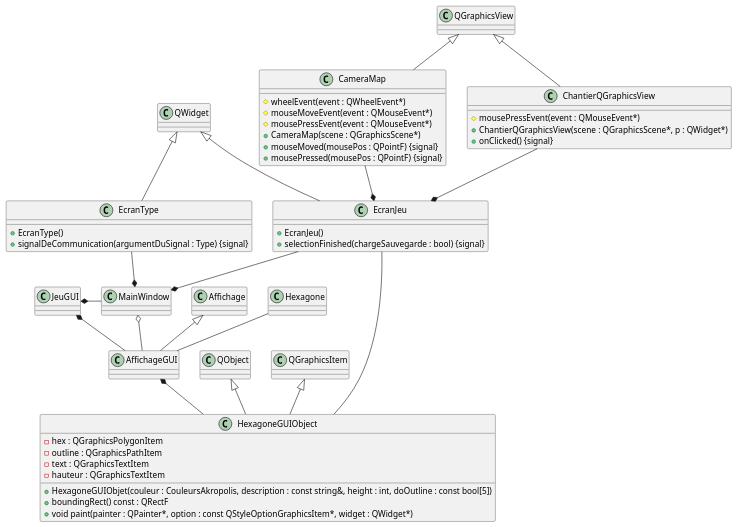
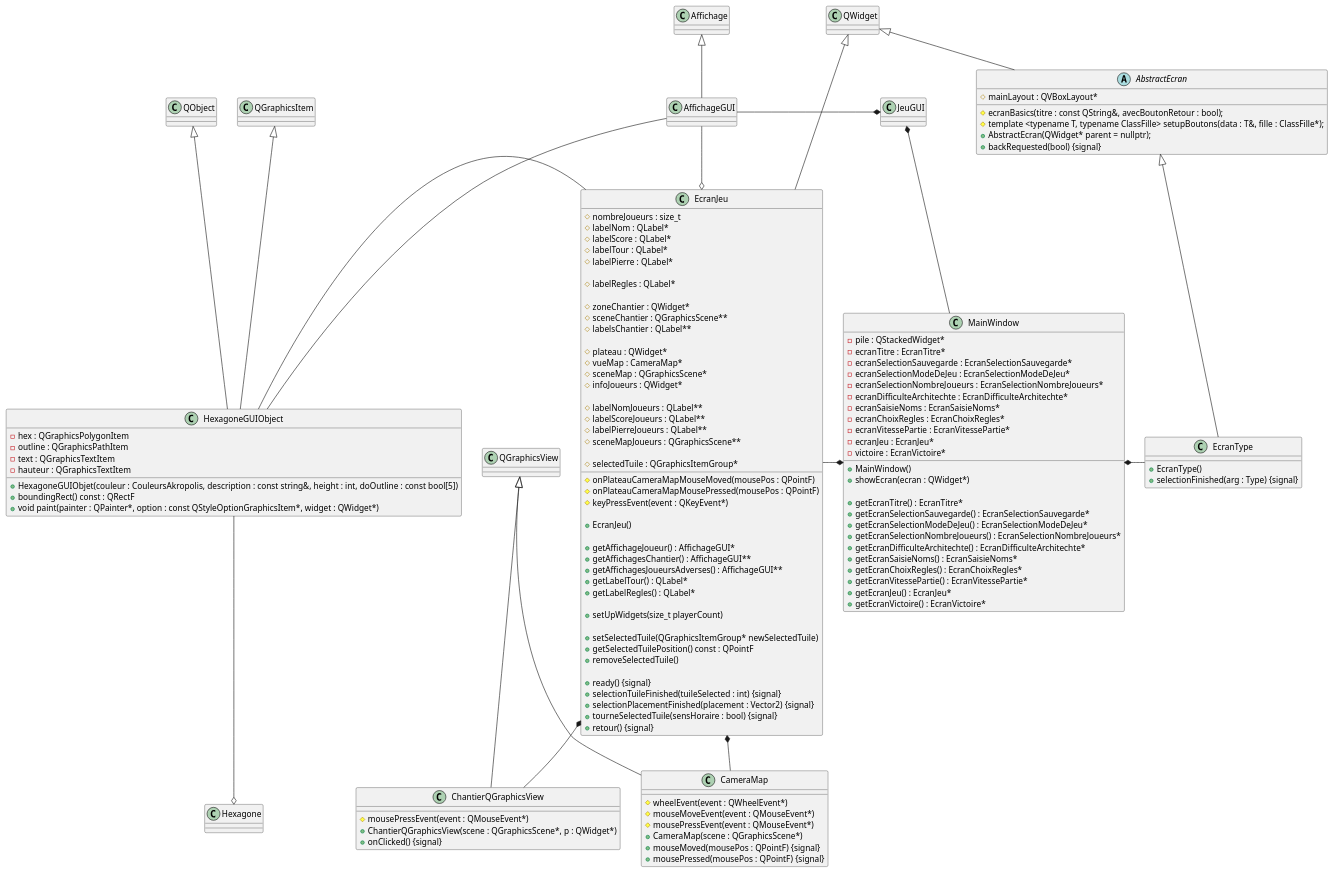
Before and after one commit to iceknith/LO21-Projet: the diagram in Rapports/RapportFinalUMLs/affichageGUISynthétique.wsd, drawn with PlantUML. The commit also changed 32 other files, not shown here.

Commit message:
Minor changes + update Graphiques

```diff
--- a/Rapports/RapportFinalUMLs/affichageGUISynthétique.wsd
+++ b/Rapports/RapportFinalUMLs/affichageGUISynthétique.wsd
@@ -1,54 +1,153 @@
 @startuml affichageGUISynthetique
+
+class MainWindow {
+    - pile : QStackedWidget*
+    - ecranTitre : EcranTitre*
+    - ecranSelectionSauvegarde : EcranSelectionSauvegarde*
+    - ecranSelectionModeDeJeu : EcranSelectionModeDeJeu*
+    - ecranSelectionNombreJoueurs : EcranSelectionNombreJoueurs*
+    - ecranDifficulteArchitechte : EcranDifficulteArchitechte*
+    - ecranSaisieNoms : EcranSaisieNoms*
+    - ecranChoixRegles : EcranChoixRegles*
+    - ecranVitessePartie : EcranVitessePartie*
+    - ecranJeu : EcranJeu*
+    - victoire : EcranVictoire*
+
+    + MainWindow()
+    + showEcran(ecran : QWidget*)
+
+    + getEcranTitre() : EcranTitre*
+    + getEcranSelectionSauvegarde() : EcranSelectionSauvegarde*
+    + getEcranSelectionModeDeJeu() : EcranSelectionModeDeJeu*
+    + getEcranSelectionNombreJoueurs() : EcranSelectionNombreJoueurs*
+    + getEcranDifficulteArchitechte() : EcranDifficulteArchitechte*
+    + getEcranSaisieNoms() : EcranSaisieNoms*
+    + getEcranChoixRegles() : EcranChoixRegles*
+    + getEcranVitessePartie() : EcranVitessePartie*
+    + getEcranJeu() : EcranJeu*
+    + getEcranVictoire() : EcranVictoire*
+}
 
 class HexagoneGUIObject extends QObject, QGraphicsItem {
     - hex : QGraphicsPolygonItem
     - outline : QGraphicsPathItem
     - text : QGraphicsTextItem
     - hauteur : QGraphicsTextItem
 
     + HexagoneGUIObjet(couleur : CouleursAkropolis, description : const string&, height : int, doOutline : const bool[5])
     + boundingRect() const : QRectF
     + void paint(painter : QPainter*, option : const QStyleOptionGraphicsItem*, widget : QWidget*)
 }
 
 class CameraMap extends QGraphicsView {
     # wheelEvent(event : QWheelEvent*)
     # mouseMoveEvent(event : QMouseEvent*)
     # mousePressEvent(event : QMouseEvent*)
     + CameraMap(scene : QGraphicsScene*)
     + mouseMoved(mousePos : QPointF) {signal}
     + mousePressed(mousePos : QPointF) {signal}
 }
 
 class ChantierQGraphicsView extends QGraphicsView {
     # mousePressEvent(event : QMouseEvent*)
     + ChantierQGraphicsView(scene : QGraphicsScene*, p : QWidget*)
     + onClicked() {signal}
 }
 
-class EcranType extends QWidget {
+abstract AbstractEcran extends QWidget {
+    # mainLayout : QVBoxLayout*
+
+    # ecranBasics(titre : const QString&, avecBoutonRetour : bool);
+    # template <typename T, typename ClassFille> setupBoutons(data : T&, fille : ClassFille*);
+    + AbstractEcran(QWidget* parent = nullptr);
+    + backRequested(bool) {signal}
+}
+
+class EcranType extends AbstractEcran {
     + EcranType()
-    + signalDeCommunication(argumentDuSignal : Type) {signal}
+    + selectionFinished(arg : Type) {signal}
 }
 
 class EcranJeu extends QWidget {
-    /' définir celà une fois que le jeu est fini '/
+    # nombreJoueurs : size_t 
+    # labelNom : QLabel* 
+    # labelScore : QLabel* 
+    # labelTour : QLabel* 
+    # labelPierre : QLabel* 
+
+    # labelRegles : QLabel* 
+
+    # zoneChantier : QWidget* 
+    # sceneChantier : QGraphicsScene** 
+    # labelsChantier : QLabel** 
+
+    # plateau : QWidget* 
+    # vueMap : CameraMap* 
+    # sceneMap : QGraphicsScene* 
+    # infoJoueurs : QWidget* 
+
+    # labelNomJoueurs : QLabel** 
+    # labelScoreJoueurs : QLabel** 
+    # labelPierreJoueurs : QLabel** 
+    # sceneMapJoueurs : QGraphicsScene** 
+
+    # selectedTuile : QGraphicsItemGroup* 
+
+    # onPlateauCameraMapMouseMoved(mousePos : QPointF)
+    # onPlateauCameraMapMousePressed(mousePos : QPointF)
+    # keyPressEvent(event : QKeyEvent*)
+
     + EcranJeu()
-    + selectionFinished(chargeSauvegarde : bool) {signal}
+    
+    + getAffichageJoueur() : AffichageGUI*
+    + getAffichagesChantier() : AffichageGUI**
+    + getAffichagesJoueursAdverses() : AffichageGUI**
+    + getLabelTour() : QLabel*
+    + getLabelRegles() : QLabel*
+
+    + setUpWidgets(size_t playerCount)
+
+    + setSelectedTuile(QGraphicsItemGroup* newSelectedTuile)
+    + getSelectedTuilePosition() const : QPointF
+    + removeSelectedTuile()
+
+    + ready() {signal}
+    + selectionTuileFinished(tuileSelected : int) {signal}
+    + selectionPlacementFinished(placement : Vector2) {signal}
+    + tourneSelectedTuile(sensHoraire : bool) {signal}
+    + retour() {signal}
 }
 
 class AffichageGUI extends Affichage
 
+MainWindow *- EcranType
+EcranJeu -* MainWindow
+
+JeuGUI *-- MainWindow
+
+HexagoneGUIObject --o Hexagone
+AffichageGUI -- HexagoneGUIObject
+HexagoneGUIObject - EcranJeu
+
+AffichageGUI -o EcranJeu
+AffichageGUI -* JeuGUI
+
+EcranJeu *-- CameraMap
+EcranJeu *-- ChantierQGraphicsView
+
+
+/'
 Hexagone -- AffichageGUI
 AffichageGUI *-- HexagoneGUIObject
 JeuGUI *-- AffichageGUI
 
 EcranType --* MainWindow
 EcranJeu --* MainWindow
 CameraMap --* EcranJeu
 ChantierQGraphicsView --* EcranJeu
 EcranJeu -- HexagoneGUIObject
 MainWindow o-- AffichageGUI
 JeuGUI *- MainWindow
+'/
 
 @enduml
```
